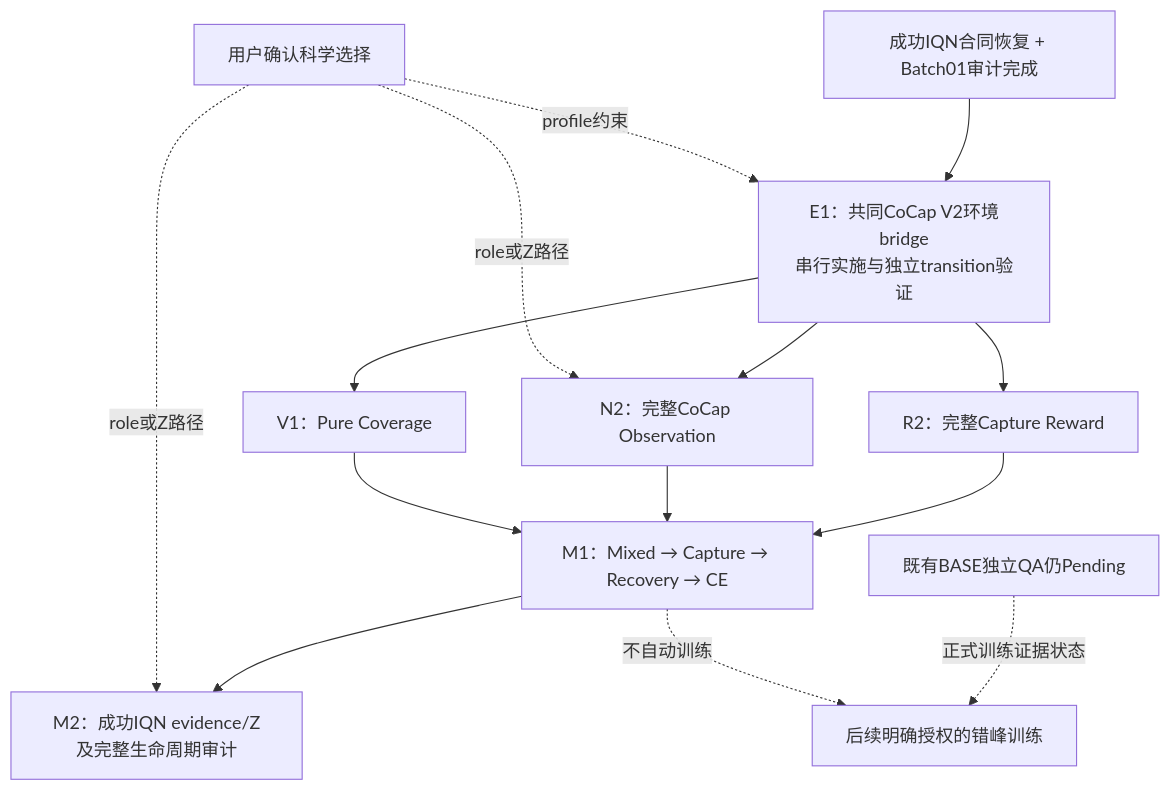
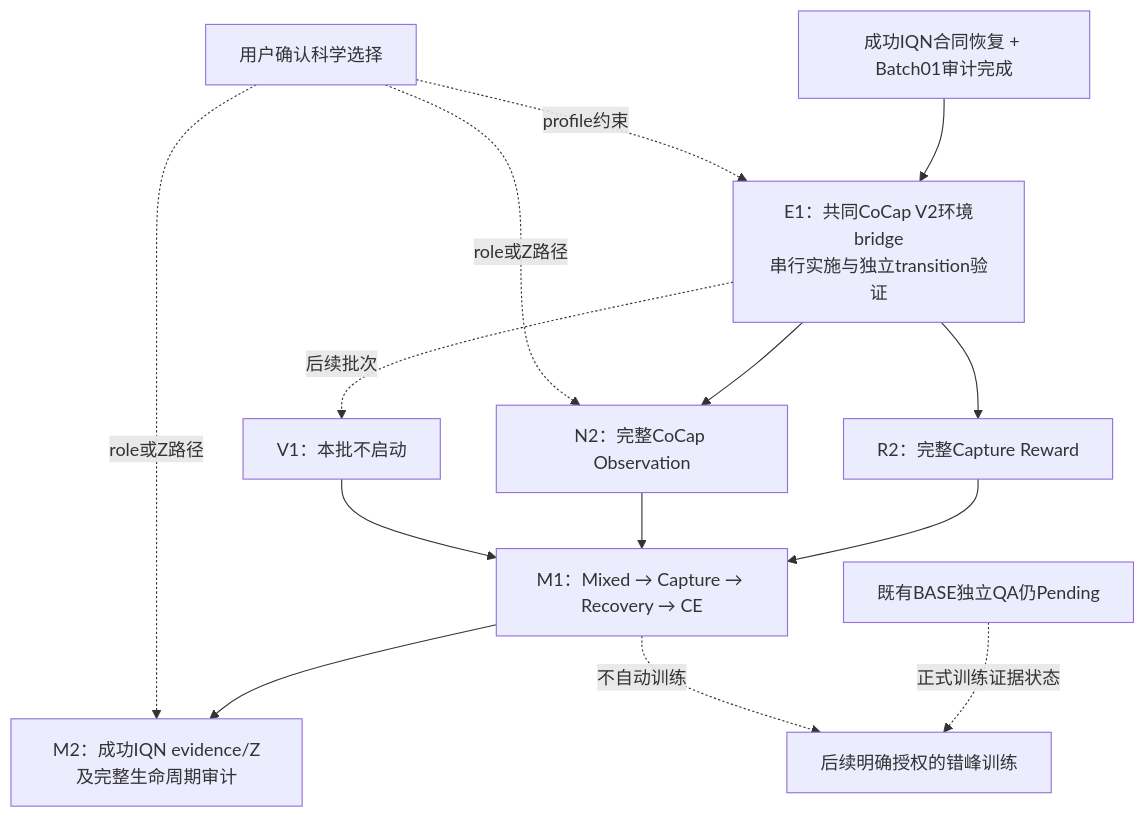
The diagram in docs/ops/COCAP_MAPPO_BATCH02_DAG_20261011_ZH.md (Jayyeah/cocap-voradj), drawn with Mermaid before and after one commit. The commit also changed other lines of this file and 32 other files, not shown here.

````diff
--- a/docs/ops/COCAP_MAPPO_BATCH02_DAG_20261011_ZH.md
+++ b/docs/ops/COCAP_MAPPO_BATCH02_DAG_20261011_ZH.md
@@ -7,16 +7,16 @@
 ```mermaid
 flowchart TD
     A[成功IQN合同恢复 + Batch01审计完成] --> E[E1：共同CoCap V2环境bridge\n串行实施与独立transition验证]
     E --> R[R2：完整Capture Reward]
     E --> N[N2：完整CoCap Observation]
-    E --> V[V1：Pure Coverage]
+    E -. 后续批次 .-> V[V1：本批不启动]
     R --> M[M1：Mixed → Capture → Recovery → CE]
     N --> M
     V --> M
     M --> Z[M2：成功IQN evidence/Z及完整生命周期审计]
     S[用户确认科学选择] -. profile约束 .-> E
     S -. role或Z路径 .-> N
     S -. role或Z路径 .-> Z
     Q[既有BASE独立QA仍Pending] -. 正式训练证据状态 .-> T[后续明确授权的错峰训练]
     M -. 不自动训练 .-> T
 ```
````
